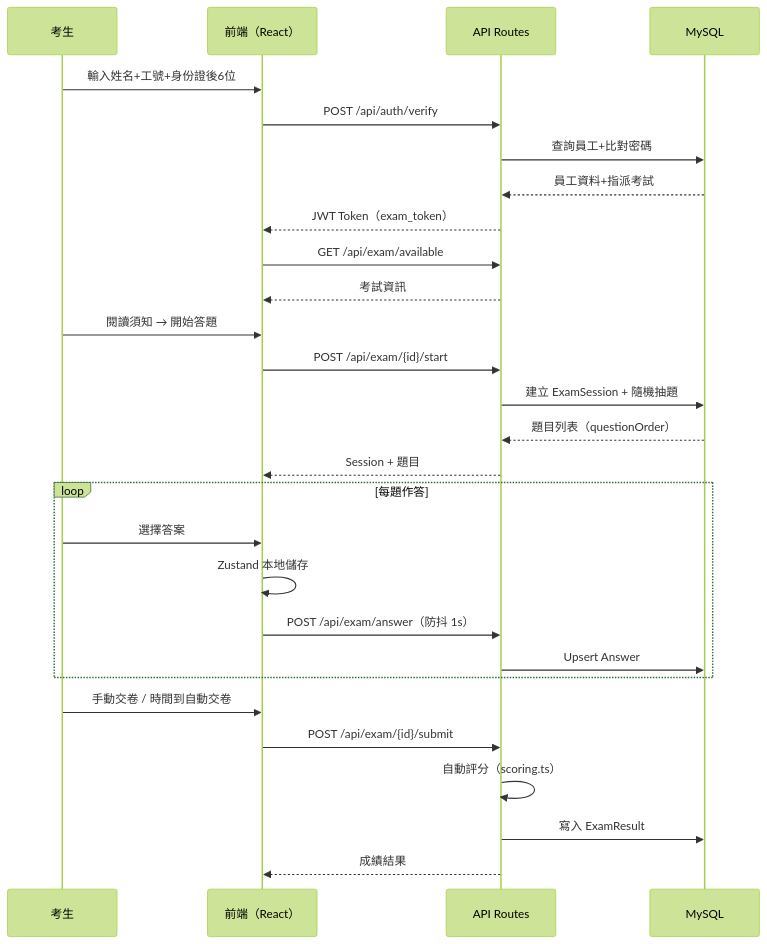
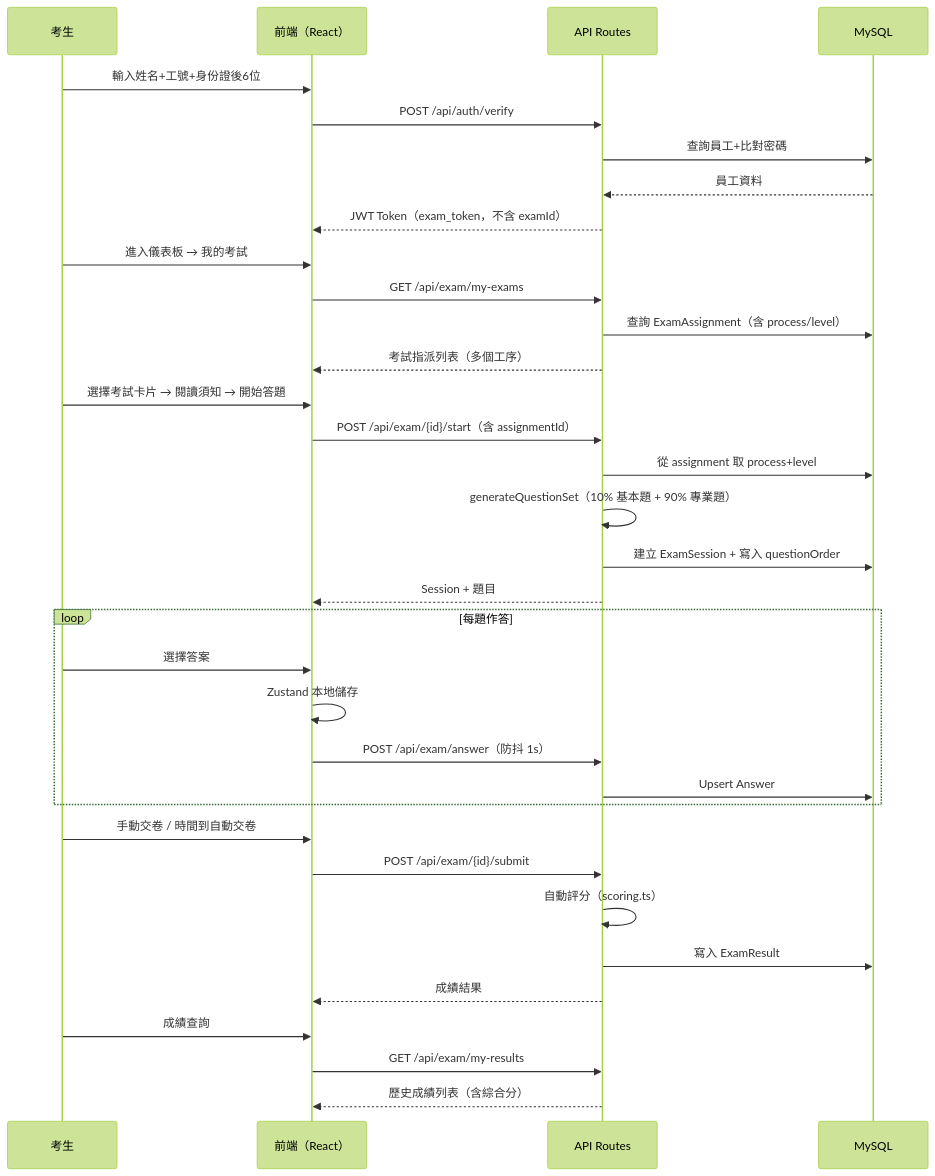
Before and after one commit to Aken-Teams/hr-online-test: the second of 7 diagrams in SDD-Engineer.md, drawn with Mermaid (forest theme). The commit also changed other lines of this file and 81 other files, not shown here.

````diff
--- a/SDD-Engineer.md
+++ b/SDD-Engineer.md
@@ -63,35 +64,42 @@
 ```mermaid
 sequenceDiagram
     participant E as 考生
     participant FE as 前端（React）
     participant API as API Routes
     participant DB as MySQL
 
     E->>FE: 輸入姓名+工號+身份證後6位
     FE->>API: POST /api/auth/verify
     API->>DB: 查詢員工+比對密碼
-    DB-->>API: 員工資料+指派考試
-    API-->>FE: JWT Token（exam_token）
+    DB-->>API: 員工資料
+    API-->>FE: JWT Token（exam_token，不含 examId）
 
-    FE->>API: GET /api/exam/available
-    API-->>FE: 考試資訊
+    E->>FE: 進入儀表板 → 我的考試
+    FE->>API: GET /api/exam/my-exams
+    API->>DB: 查詢 ExamAssignment（含 process/level）
+    API-->>FE: 考試指派列表（多個工序）
 
-    E->>FE: 閱讀須知 → 開始答題
-    FE->>API: POST /api/exam/{id}/start
-    API->>DB: 建立 ExamSession + 隨機抽題
-    DB-->>API: 題目列表（questionOrder）
+    E->>FE: 選擇考試卡片 → 閱讀須知 → 開始答題
+    FE->>API: POST /api/exam/{id}/start（含 assignmentId）
+    API->>DB: 從 assignment 取 process+level
+    API->>API: generateQuestionSet（10% 基本題 + 90% 專業題）
+    API->>DB: 建立 ExamSession + 寫入 questionOrder
     API-->>FE: Session + 題目
 
     loop 每題作答
         E->>FE: 選擇答案
         FE->>FE: Zustand 本地儲存
         FE->>API: POST /api/exam/answer（防抖 1s）
         API->>DB: Upsert Answer
     end
 
     E->>FE: 手動交卷 / 時間到自動交卷
     FE->>API: POST /api/exam/{id}/submit
     API->>API: 自動評分（scoring.ts）
     API->>DB: 寫入 ExamResult
     API-->>FE: 成績結果
+
+    E->>FE: 成績查詢
+    FE->>API: GET /api/exam/my-results
+    API-->>FE: 歷史成績列表（含綜合分）
 ```
````
